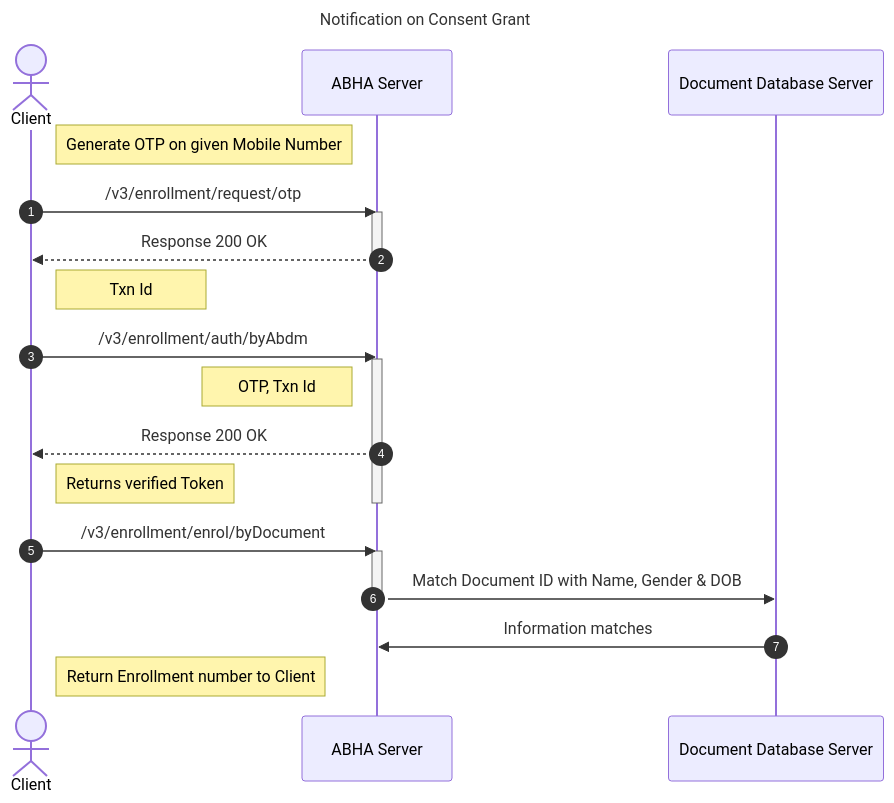
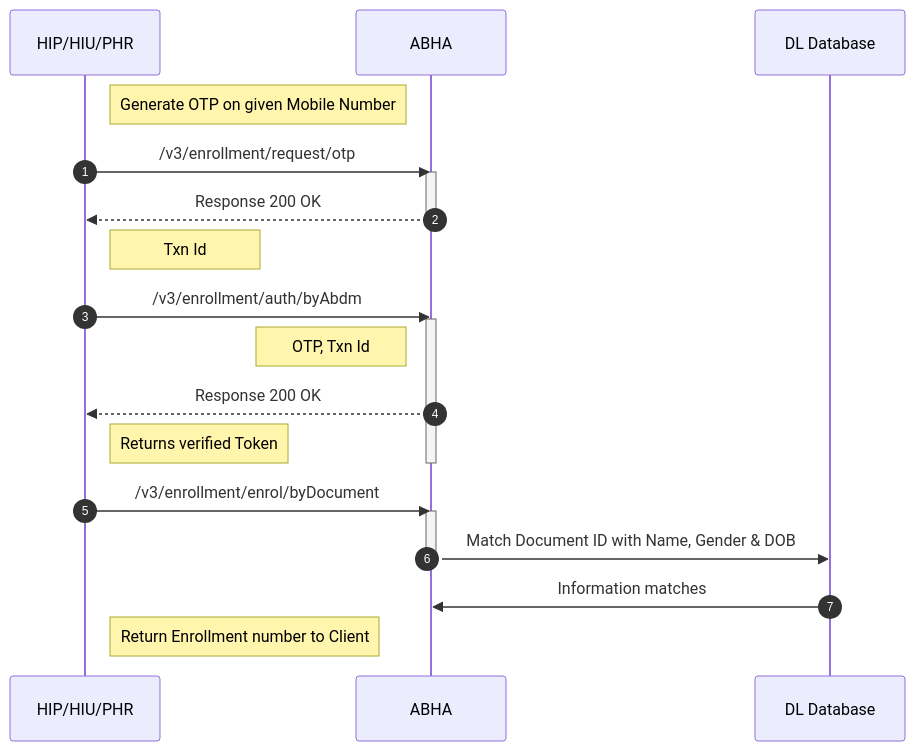
One commit to kiranma72/abdm-docs changed the diagram in content/2-milestone1/abha-number/driving-license.md. Above: the diagram before and after it, drawn with Mermaid. The commit also changed other lines of this file and 5 other files, not shown here.

```diff
--- a/content/2-milestone1/abha-number/driving-license.md
+++ b/content/2-milestone1/abha-number/driving-license.md
@@ -80,24 +80,23 @@
 {{< mermaid >}}
 %%{init:{"fontSize": "1.0rem", "sequence":{"showSequenceNumbers":true}}}%%
 sequenceDiagram
-title Notification on Consent Grant
-actor Client
-Note right of Client: Generate OTP on given Mobile Number
-Client->>ABHA Server:/v3/enrollment/request/otp
-activate ABHA Server
-ABHA Server-->> Client: Response 200 OK
-deactivate ABHA Server
-Note right of Client: Txn Id
-Client->>ABHA Server:/v3/enrollment/auth/byAbdm
-activate ABHA Server
-Note left of ABHA Server: OTP, Txn Id
-ABHA Server-->> Client: Response 200 OK
-Note right of Client: Returns verified Token
-deactivate ABHA Server
-Client->>ABHA Server:/v3/enrollment/enrol/byDocument
-activate ABHA Server
-ABHA Server->> Document Database Server: Match Document ID with Name, Gender & DOB
-deactivate ABHA Server
-Document Database Server->>ABHA Server:Information matches
-Note right of Client: Return Enrollment number to Client
+participant HIP/HIU/PHR
+Note right of HIP/HIU/PHR: Generate OTP on given Mobile Number
+HIP/HIU/PHR->>ABHA:/v3/enrollment/request/otp
+activate ABHA 
+ABHA-->> HIP/HIU/PHR: Response 200 OK
+deactivate ABHA 
+Note right of HIP/HIU/PHR: Txn Id
+HIP/HIU/PHR->>ABHA:/v3/enrollment/auth/byAbdm
+activate ABHA
+Note left of ABHA : OTP, Txn Id
+ABHA-->> HIP/HIU/PHR: Response 200 OK
+Note right of HIP/HIU/PHR: Returns verified Token
+deactivate ABHA
+HIP/HIU/PHR->>ABHA:/v3/enrollment/enrol/byDocument
+activate ABHA
+ABHA->> DL Database: Match Document ID with Name, Gender & DOB
+deactivate ABHA 
+DL Database->>ABHA:Information matches
+Note right of HIP/HIU/PHR: Return Enrollment number to Client
 {{< /mermaid >}}
```
